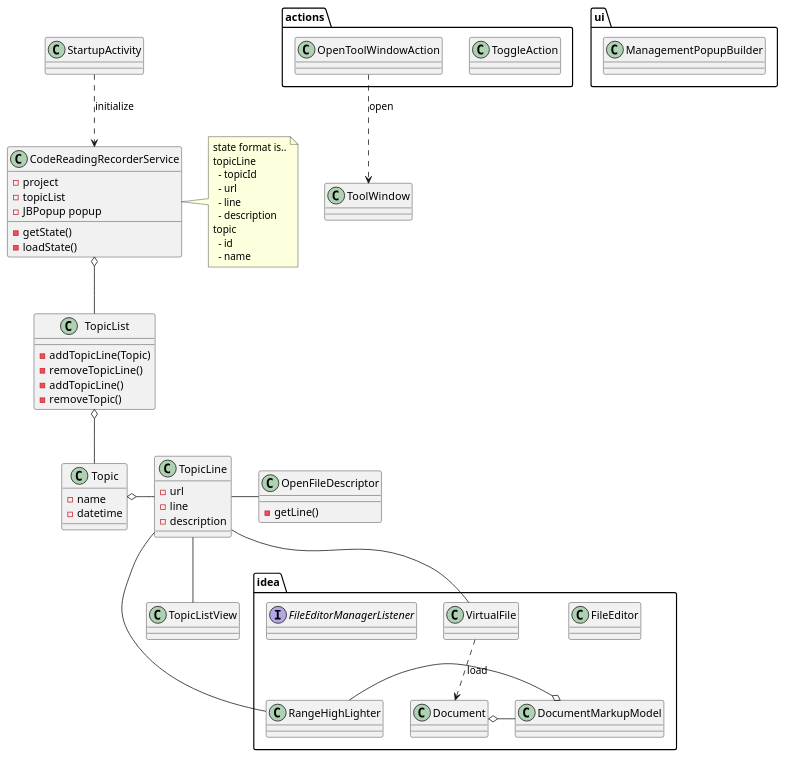
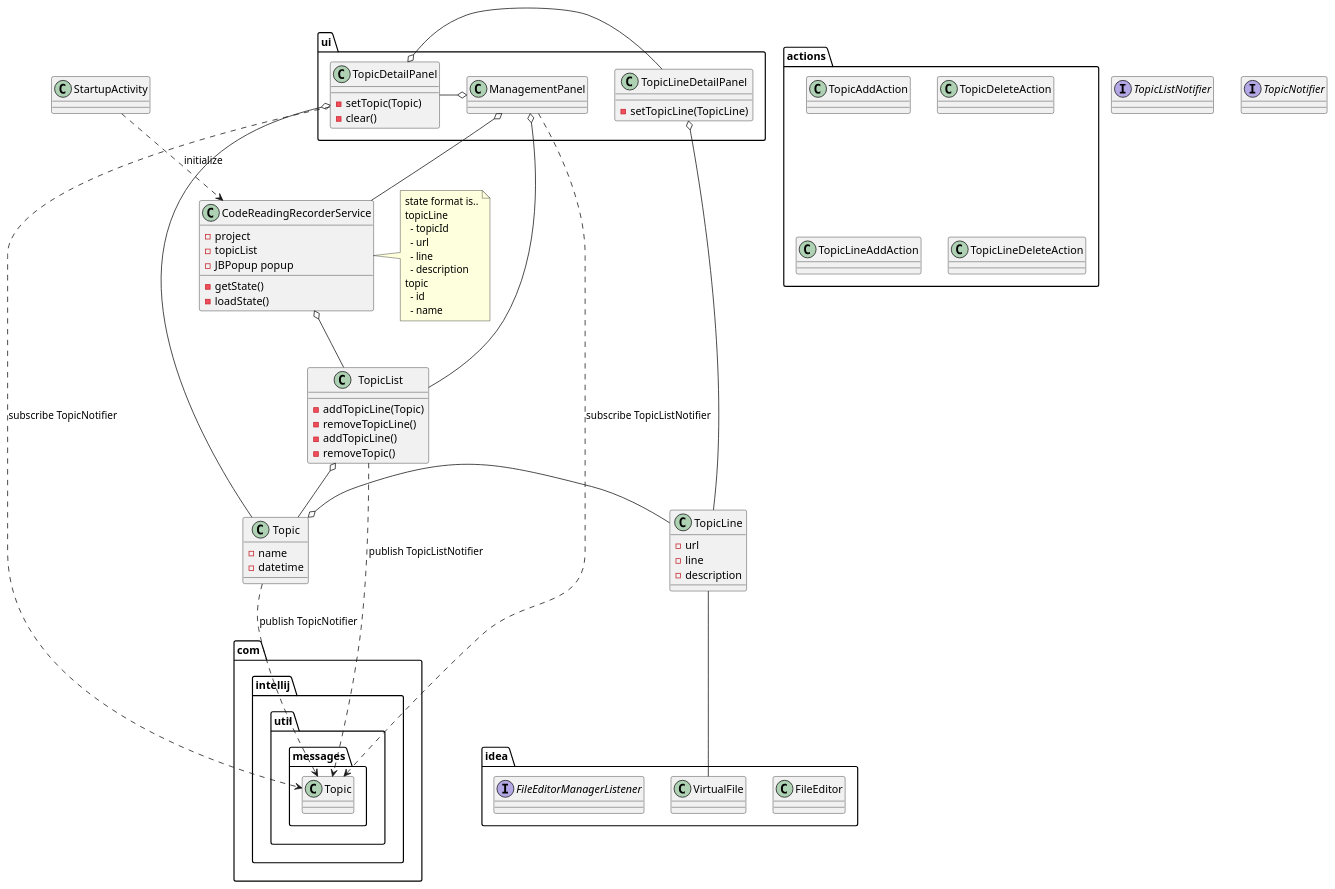
The diagram in documents/class.puml (kitabatake/CodeReadingNote), drawn with PlantUML before and after one commit.

```diff
--- a/documents/class.puml
+++ b/documents/class.puml
@@ -1,88 +1,100 @@
 @startuml
-class TopicLine {
-    - url
-    - line
-    - description
-}
-class Topic {
-    - name
-    - datetime
-}
-
-class TopicList {
-    - addTopicLine(Topic)
-    - removeTopicLine()
-    - addTopicLine()
-    - removeTopic()
-}
-
 class CodeReadingRecorderService {
   - project
   - topicList
   - JBPopup popup
 
   - getState()
   - loadState()
 }
 
 note right of CodeReadingRecorderService
    state format is..
    topicLine
      - topicId
      - url
      - line
      - description
    topic
      - id
      - name
 end note
 
-class OpenFileDescriptor {
-    - getLine()
+class TopicList {
+    - addTopicLine(Topic)
+    - removeTopicLine()
+    - addTopicLine()
+    - removeTopic()
 }
 
+class Topic {
+    - name
+    - datetime
+}
+
+class TopicLine {
+    - url
+    - line
+    - description
+}
+
+
 class StartupActivity
-
 
 package idea {
     class FileEditor
     class VirtualFile
 
-    class Document
-    class DocumentMarkupModel
-    class RangeHighLighter
-
     interface FileEditorManagerListener
-
-    Document o- DocumentMarkupModel
-    DocumentMarkupModel o- RangeHighLighter
-
-    VirtualFile ..> Document : load
 }
 
 package ui {
-    class ManagementPopupBuilder
+    class ManagementPanel {
+
+    }
+    class TopicDetailPanel {
+        - setTopic(Topic)
+        - clear()
+    }
+    class TopicLineDetailPanel {
+        - setTopicLine(TopicLine)
+    }
+
+    ManagementPanel o- TopicDetailPanel
+    TopicDetailPanel o- TopicLineDetailPanel
 }
 
 package actions {
-    class ToggleAction
-    class OpenToolWindowAction
+    class TopicAddAction
+    class TopicDeleteAction
+    class TopicLineAddAction
+    class TopicLineDeleteAction
 }
 
+
+/' message '/
+class com.intellij.util.messages.Topic
+interface TopicListNotifier
+interface TopicNotifier
+
+TopicList ..> com.intellij.util.messages.Topic : publish TopicListNotifier
+ManagementPanel ..> com.intellij.util.messages.Topic : subscribe TopicListNotifier
+
+Topic ..> com.intellij.util.messages.Topic : publish TopicNotifier
+TopicDetailPanel ..> com.intellij.util.messages.Topic : subscribe TopicNotifier
 
 /' relation '/
 StartupActivity ..> CodeReadingRecorderService : initialize
 CodeReadingRecorderService o-- TopicList
 
 TopicList o-- Topic
 Topic o- TopicLine
 
 TopicLine -- VirtualFile
-TopicLine - OpenFileDescriptor
-TopicLine -- RangeHighLighter
 
-TopicLine -- TopicListView
+ManagementPanel o-- CodeReadingRecorderService
+ManagementPanel o-- TopicList
 
-OpenToolWindowAction ..> ToolWindow : open
-
+TopicDetailPanel o-- Topic
+TopicLineDetailPanel o-- TopicLine
 @enduml
```
